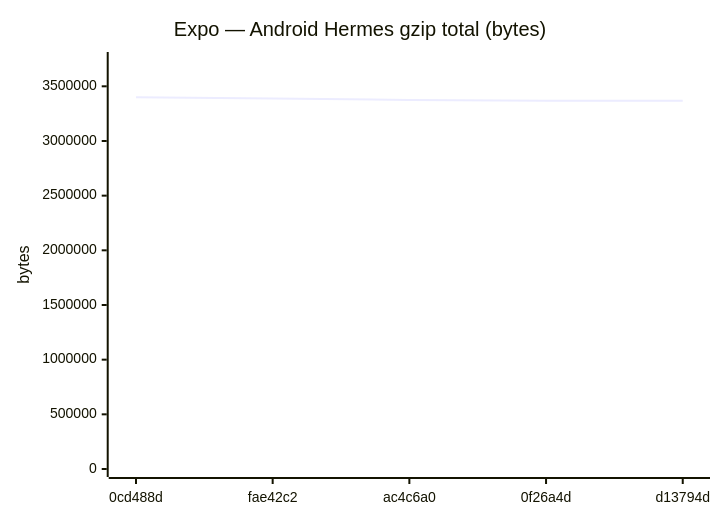
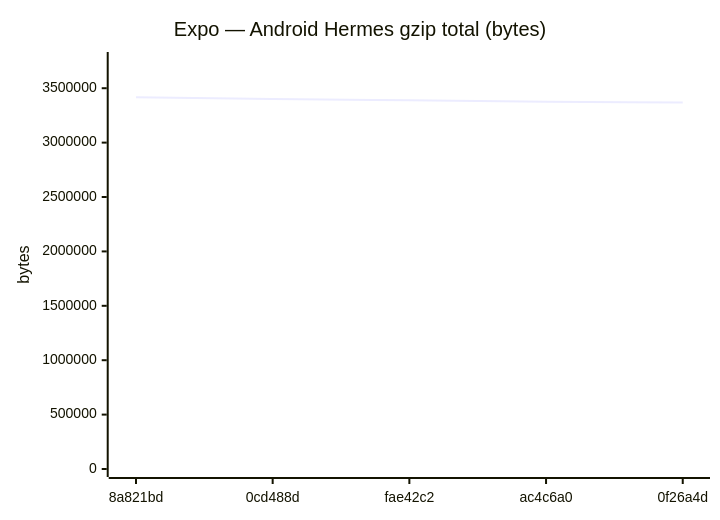
One commit to Metaheurist/Rianell changed diagram 11 of 18 in benchmarks/compare.md. Above: the diagram before and after it, drawn with Mermaid. The commit also changed other lines of this file and 11 other files, not shown here.

````diff
--- a/benchmarks/compare.md
+++ b/benchmarks/compare.md
@@ -172,7 +172,7 @@
 ```mermaid
 xychart-beta
     title "Expo — Android Hermes gzip total (bytes)"
-    x-axis ["0cd488d", "fae42c2", "ac4c6a0", "0f26a4d", "d13794d"]
-    y-axis "bytes" 0 --> 3740600
-    line [3400545, 3388765, 3375300, 3368860, 3368861]
+    x-axis ["8a821bd", "0cd488d", "fae42c2", "ac4c6a0", "0f26a4d"]
+    y-axis "bytes" 0 --> 3759385
+    line [3417622, 3400545, 3388765, 3375300, 3368860]
 ```
````
